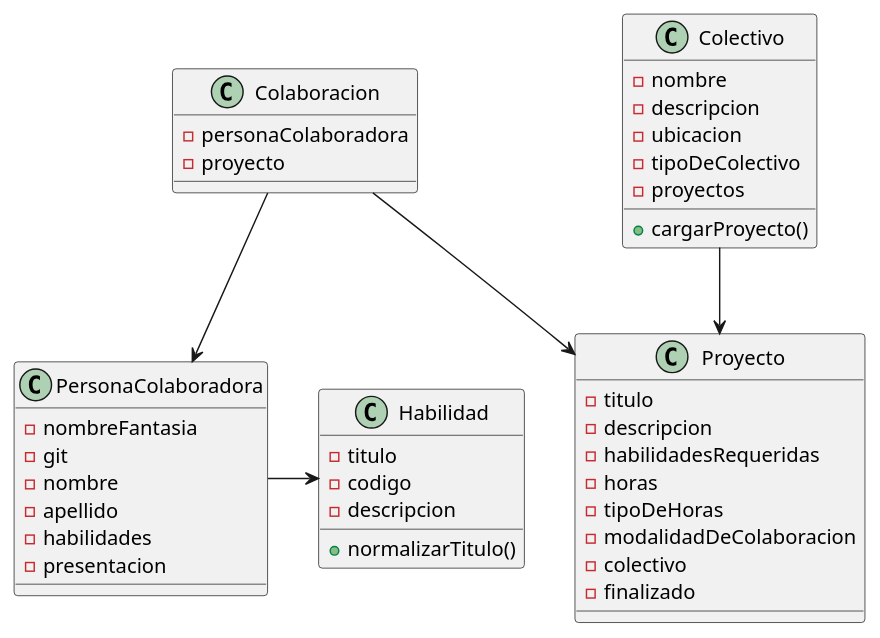
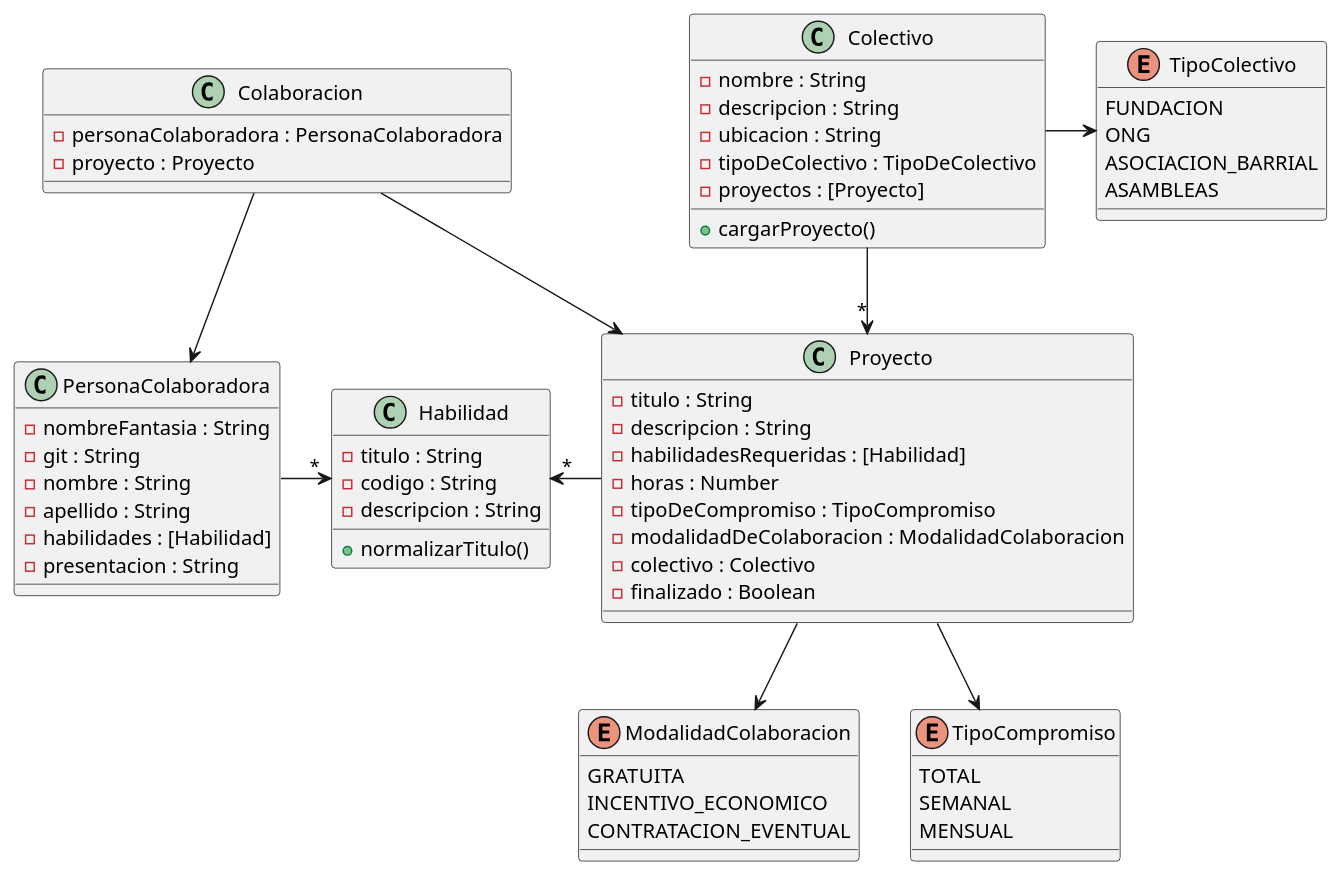
The diagram in diagrama.puml (FMartineezz/Tp-dds-CodigoAVoluntad), drawn with PlantUML before and after one commit. The commit also changed 12 other files, not shown here.

```diff
--- a/diagrama.puml
+++ b/diagrama.puml
@@ -1,50 +1,73 @@
 @startuml CodigoAVoluntad
 class Colectivo{
-    -nombre
-    -descripcion
-    -ubicacion
-    -tipoDeColectivo
-    -proyectos
+    -nombre : String
+    -descripcion : String
+    -ubicacion : String
+    -tipoDeColectivo : TipoDeColectivo
+    -proyectos : [Proyecto]
 
     +cargarProyecto()
 }
 
 class Proyecto{
-    -titulo
-    -descripcion
-    -habilidadesRequeridas
-    -horas
-    -tipoDeHoras
-    -modalidadDeColaboracion
-    -colectivo
-    -finalizado
+    -titulo : String
+    -descripcion : String
+    -habilidadesRequeridas : [Habilidad]
+    -horas : Number
+    -tipoDeCompromiso : TipoCompromiso
+    -modalidadDeColaboracion : ModalidadColaboracion
+    -colectivo : Colectivo
+    -finalizado : Boolean
 }
 
 class Colaboracion{
-    -personaColaboradora
-    -proyecto
+    -personaColaboradora : PersonaColaboradora
+    -proyecto : Proyecto
 }
 
 class Habilidad{
-    -titulo
-    -codigo
-    -descripcion
+    -titulo : String
+    -codigo : String
+    -descripcion : String
 
     +normalizarTitulo()
 }
 
 class PersonaColaboradora{
-    -nombreFantasia
-    -git
-    -nombre
-    -apellido
-    -habilidades
-    -presentacion
+    -nombreFantasia : String
+    -git : String
+    -nombre : String
+    -apellido : String
+    -habilidades : [Habilidad]
+    -presentacion : String
 }
 
-Colectivo --> Proyecto
-PersonaColaboradora -> Habilidad
+enum ModalidadColaboracion {
+    GRATUITA
+    INCENTIVO_ECONOMICO
+    CONTRATACION_EVENTUAL
+}
+
+enum TipoCompromiso {
+    TOTAL
+    SEMANAL
+    MENSUAL
+}
+
+enum TipoColectivo {
+    FUNDACION                                 
+    ONG
+    ASOCIACION_BARRIAL
+    ASAMBLEAS
+}
+
+Colectivo --> "*" Proyecto
+PersonaColaboradora -> "*" Habilidad
+Habilidad "*" <- Proyecto
 Colaboracion --> Proyecto
 Colaboracion --> PersonaColaboradora
+Colectivo -> TipoColectivo
+Proyecto --> ModalidadColaboracion
+Proyecto --> TipoCompromiso
 
 @enduml
```
